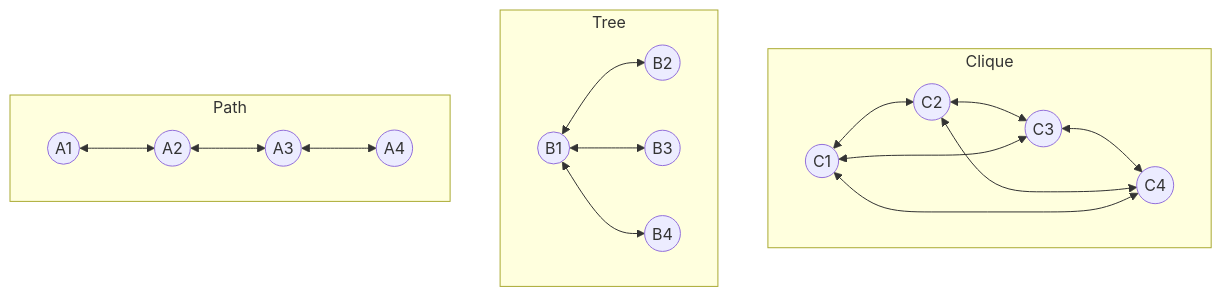
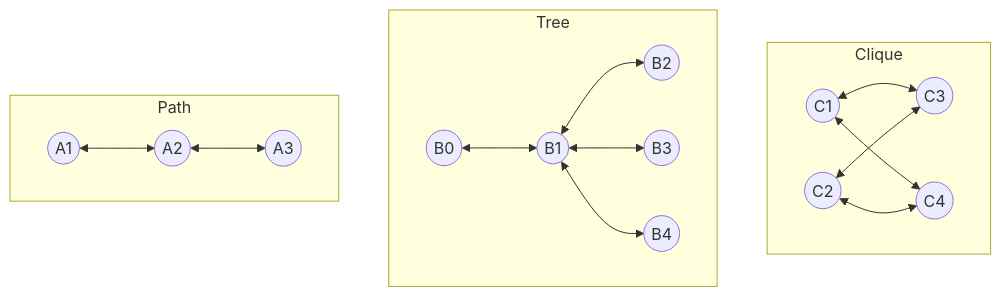
One commit to Adisoreq/Collections.js changed the fourth of 5 diagrams in README.md. Above: the diagram before and after it, drawn with Mermaid. The commit also changed other lines of this file, not shown here.

````diff
--- a/README.md
+++ b/README.md
@@ -184,18 +184,16 @@
 ```mermaid
-flowchart TB
+flowchart TD
     subgraph three [Clique]
-    C1((C1)) <--> C2((C2)) <--> C3((C3)) <--> C4((C4))
-    C4 <--> C1
-    C1 <--> C3
-    C2 <--> C4
+    C1((C1)) & C2((C2)) <--> C3((C3)) & C4((C4))
     end
     subgraph two [Tree]
-    B1((B1)) <--> B2((B2))
+    B0((B0)) <--> B1((B1))
+    B1 <--> B2((B2))
     B1 <--> B3((B3))
     B1 <--> B4((B4))
     end
     subgraph one [Path]
-    A1((A1)) <--> A2((A2)) <--> A3((A3)) <--> A4((A4))
+    A1((A1)) <--> A2((A2)) <--> A3((A3))
     end
 
 ```
````
